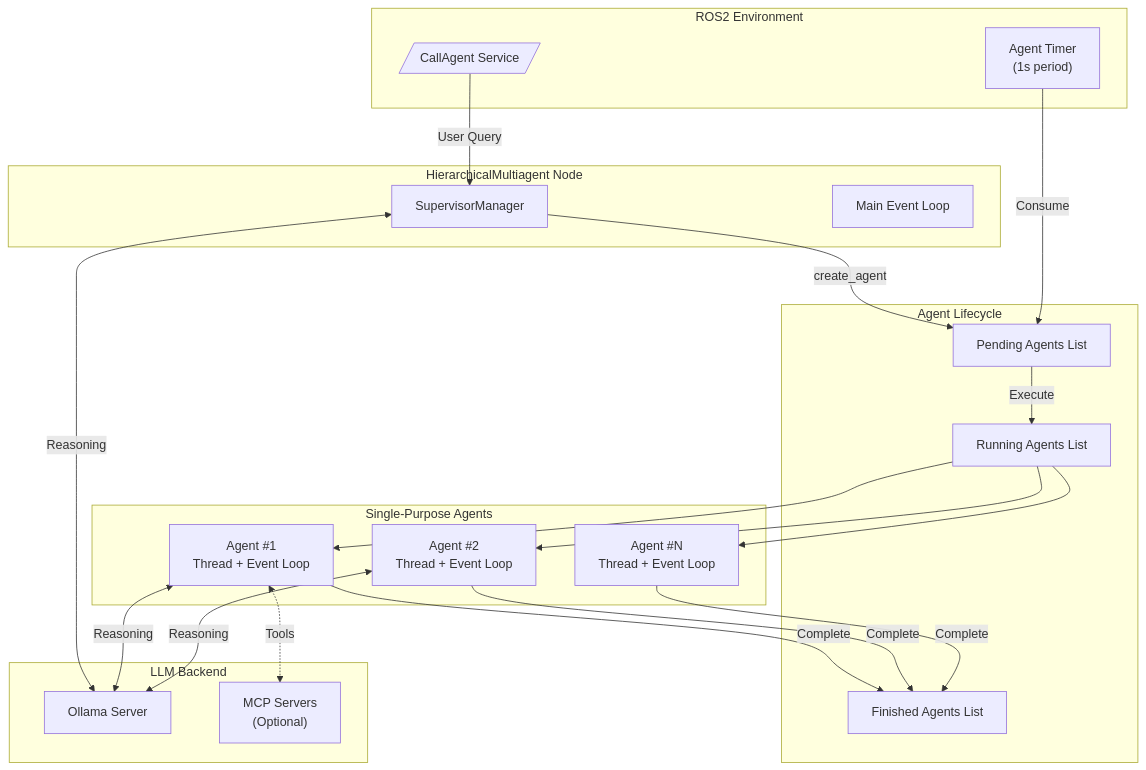
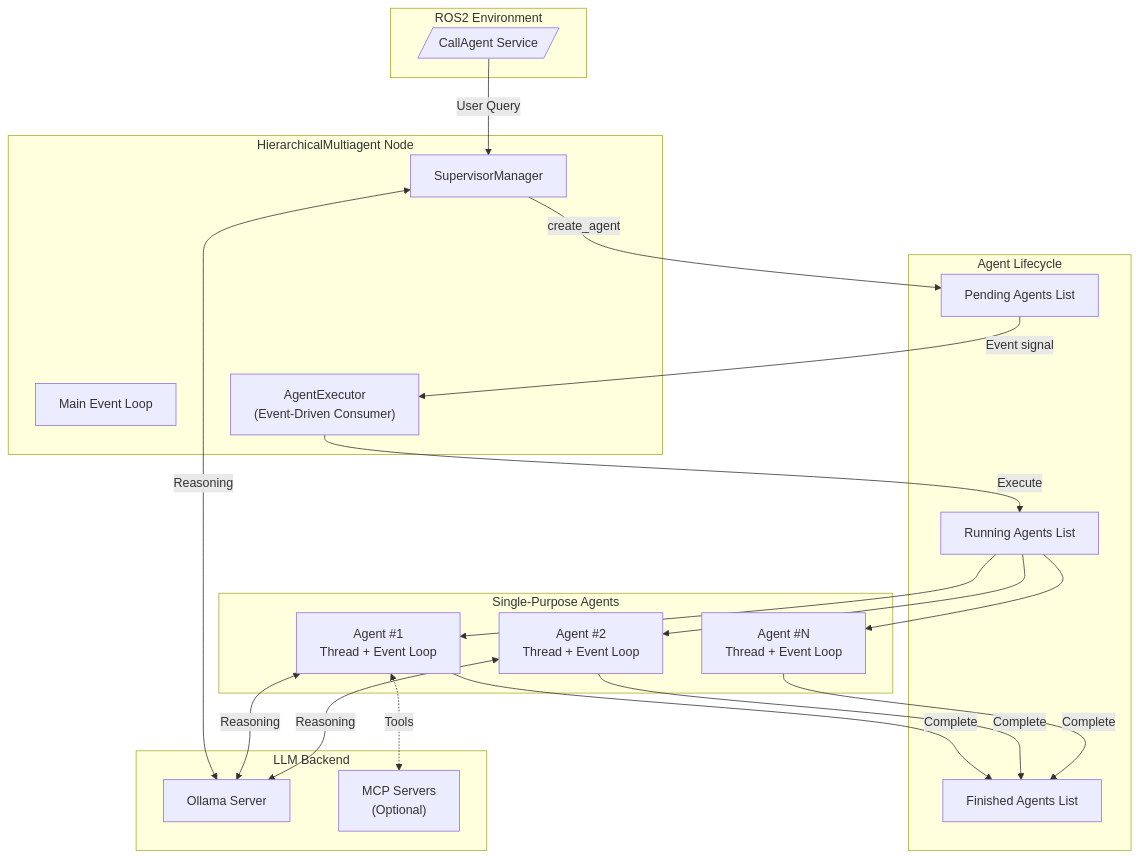
One commit to grupo-avispa/hierarchical_multiagent_langgraph changed the first of 6 diagrams in README.md. Above: the diagram before and after it, drawn with Mermaid. The commit also changed other lines of this file and 1 other file, not shown here.

First line of the commit message:
docs: update diagrams and animation for event-driven architecture

````diff
--- a/README.md
+++ b/README.md
@@ -60,44 +60,44 @@
 ```mermaid
 graph TB
     subgraph ROS2["ROS2 Environment"]
         SRV[/"CallAgent Service"/]
-        TMR["Agent Timer<br/>(1s period)"]
     end
 
     subgraph HMA["HierarchicalMultiagent Node"]
         SM["SupervisorManager"]
         LOOP["Main Event Loop"]
+        EXC["AgentExecutor<br/>(Event-Driven Consumer)"]
     end
 
     subgraph AgentManagement["Agent Lifecycle"]
         PAL["Pending Agents List"]
         RAL["Running Agents List"]
         FAL["Finished Agents List"]
     end
 
     subgraph Agents["Single-Purpose Agents"]
         SPA1["Agent #1<br/>Thread + Event Loop"]
         SPA2["Agent #2<br/>Thread + Event Loop"]
         SPA3["Agent #N<br/>Thread + Event Loop"]
     end
 
     subgraph LLM["LLM Backend"]
         OLLAMA["Ollama Server"]
         MCP["MCP Servers<br/>(Optional)"]
     end
 
     SRV -->|"User Query"| SM
     SM -->|"create_agent"| PAL
-    TMR -->|"Consume"| PAL
-    PAL -->|"Execute"| RAL
+    PAL -->|"Event signal"| EXC
+    EXC -->|"Execute"| RAL
     RAL --> SPA1
     RAL --> SPA2
     RAL --> SPA3
     SPA1 -->|"Complete"| FAL
     SPA2 -->|"Complete"| FAL
     SPA3 -->|"Complete"| FAL
     SM <-->|"Reasoning"| OLLAMA
     SPA1 <-->|"Reasoning"| OLLAMA
     SPA2 <-->|"Reasoning"| OLLAMA
     SPA1 <-.->|"Tools"| MCP
 ```
````
